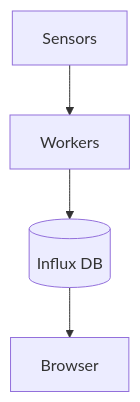
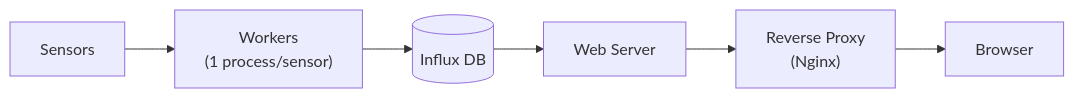
Before and after one commit to cristeab/aq_dashboard: the diagram in README.md, drawn with Mermaid.

Commit message:
Update system data flow diagram in README
Refine the architecture overview by detailing worker processes and explicitly adding the web server and reverse proxy components.

````diff
--- a/README.md
+++ b/README.md
@@ -8,4 +8,4 @@
 ```mermaid
-flowchart TB
-Sensors --> wk[Workers] --> if[(Influx DB)] --> bw[Browser]
+flowchart LR
+Sensors --> wk["Workers<br>(1 process/sensor)"] --> if[(Influx DB)] --> ws[Web Server] --> rp["Reverse Proxy<br>(Nginx)"] --> bw[Browser]
 ```
````
